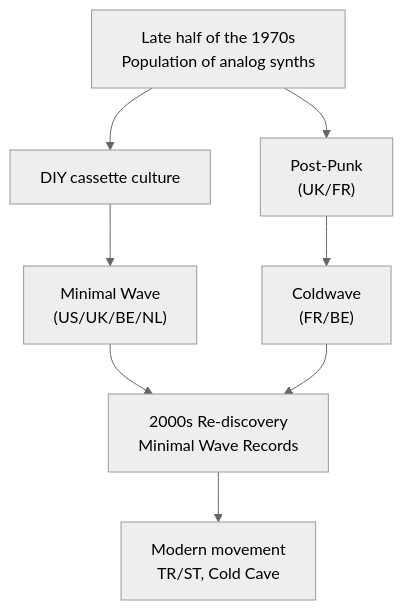
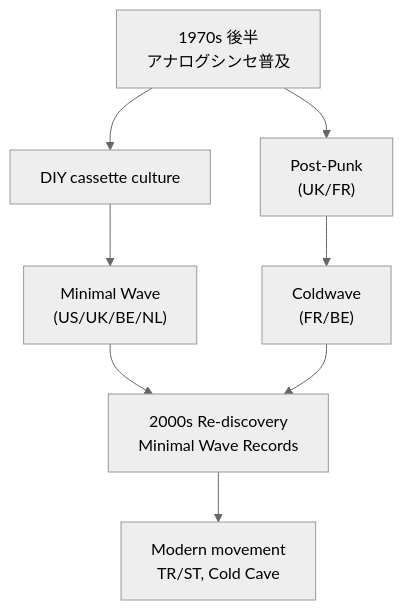
Before and after one commit to monumental-movement/monumental-movement.github.io: the first of 2 diagrams in en/_posts/2025-12-08-column-minimalwave-coldwave.md, drawn with Mermaid (neutral theme). The commit also changed other lines of this file and 1012 other files, not shown here.

```diff
--- a/en/_posts/2025-12-08-column-minimalwave-coldwave.md
+++ b/en/_posts/2025-12-08-column-minimalwave-coldwave.md
@@ -227,10 +226,10 @@
 <div class="mermaid">
 flowchart TD
-    A["Late half of the 1970s<br>Population of analog synths"] --> B["DIY cassette culture"]
+    A["1970s 後半<br>アナログシンセ普及"] --> B["DIY cassette culture"]
     B --> C["Minimal Wave<br>(US/UK/BE/NL)"]
     A --> D["Post-Punk<br>(UK/FR)"]
     D --> E["Coldwave<br>(FR/BE)"]
     C --> F["2000s Re-discovery<br>Minimal Wave Records"]
     E --> F
     F --> G["Modern movement<br>TR/ST, Cold Cave"]
 </div>
```
